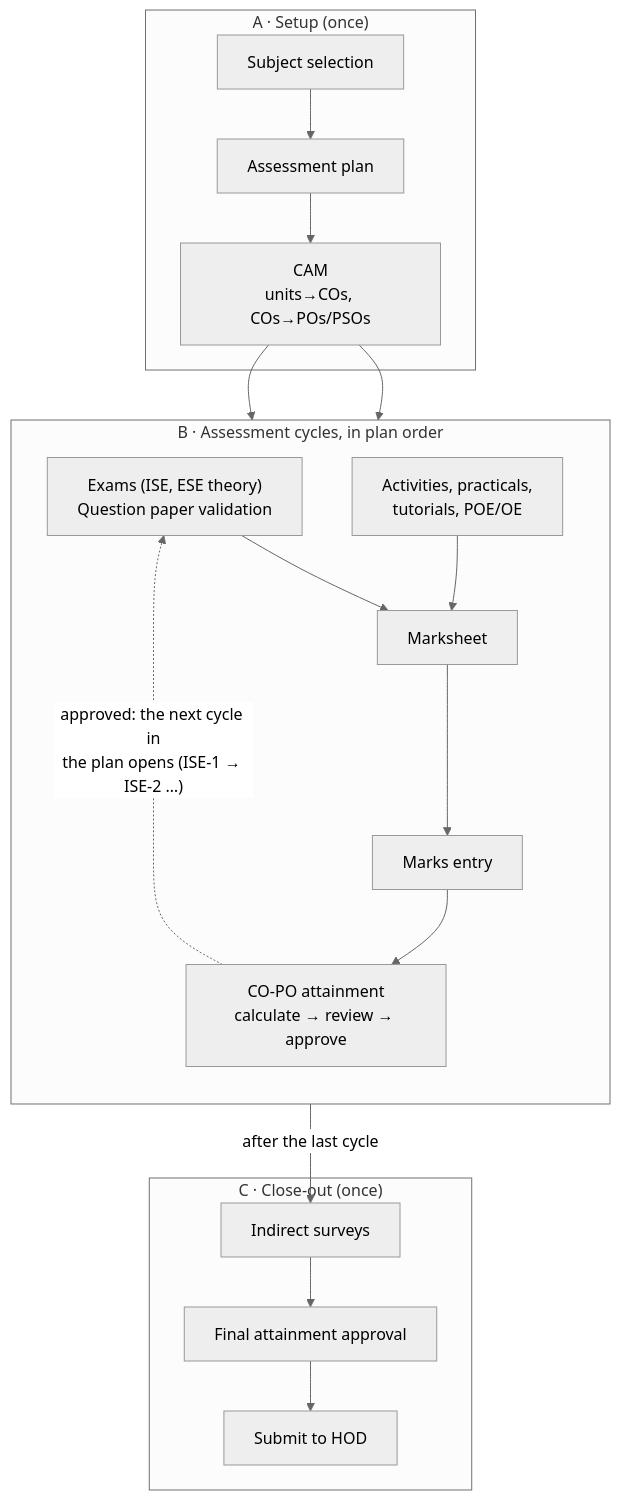
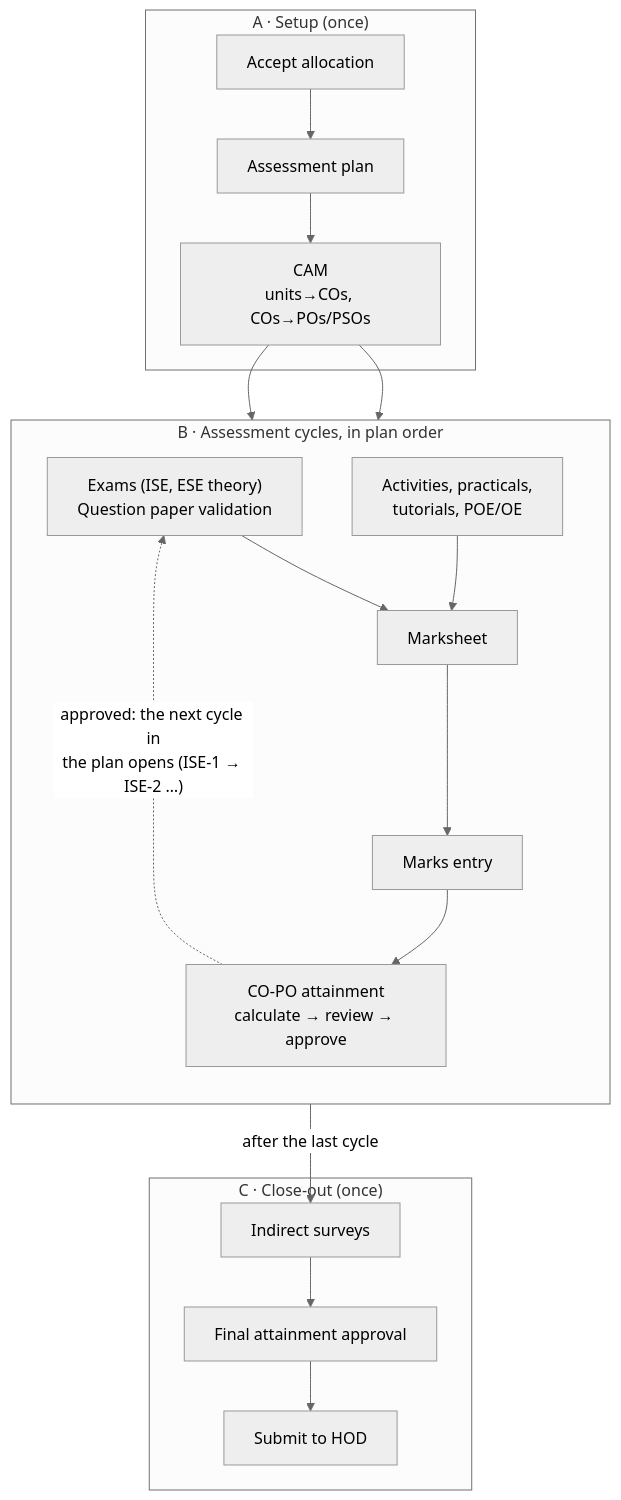
One commit to ROAHN-B/Automated-CO-PO-Attainment-engine changed the second of 3 diagrams in README.md. Above: the diagram before and after it, drawn with Mermaid (neutral theme). The commit also changed other lines of this file and 109 other files, not shown here.

````diff
--- a/README.md
+++ b/README.md
@@ -152,19 +147,19 @@
 ```mermaid
 flowchart TD
     subgraph A["A · Setup (once)"]
-        A1[Subject selection] --> A2[Assessment plan] --> A3["CAM<br/>units→COs, COs→POs/PSOs"]
+        A1[Accept allocation] --> A2[Assessment plan] --> A3["CAM<br/>units→COs, COs→POs/PSOs"]
     end
     subgraph B["B · Assessment cycles, in plan order"]
         direction TB
         E1["Exams (ISE, ESE theory)<br/>Question paper validation"] --> E2[Marksheet]
         X1["Activities, practicals,<br/>tutorials, POE/OE"] --> E2
         E2 --> E3[Marks entry] --> E4["CO-PO attainment<br/>calculate → review → approve"]
     end
     subgraph C["C · Close-out (once)"]
         C1[Indirect surveys] --> C2[Final attainment approval] --> C3[Submit to HOD]
     end
     A3 --> E1
     A3 --> X1
     E4 -.->|"approved: the next cycle in<br/>the plan opens (ISE-1 → ISE-2 …)"| E1
     E4 -->|"after the last cycle"| C1
 ```
````
